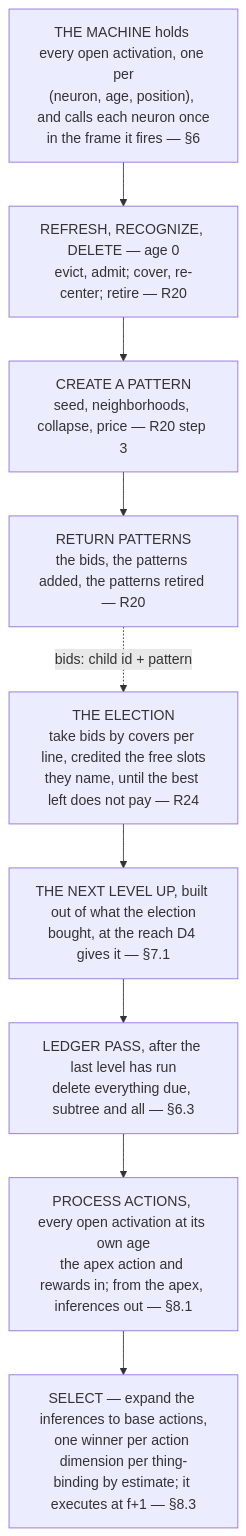
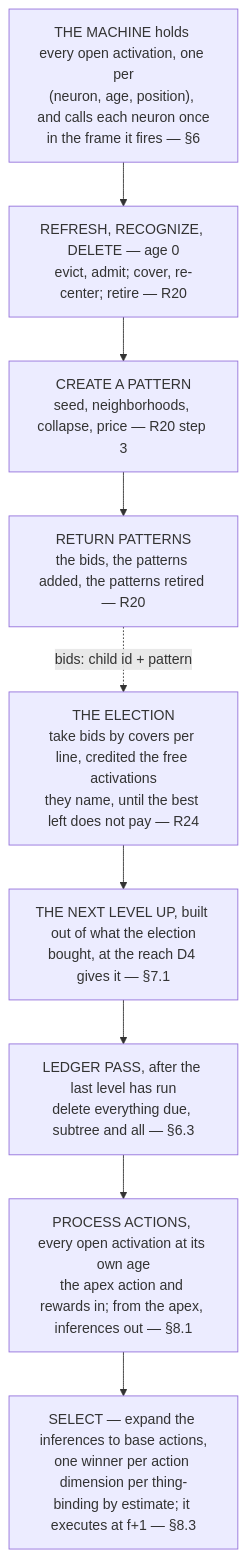
One commit to cucar/robot_brain changed the diagram in docs/algorithm-remarks.md. Above: the diagram before and after it, drawn with Mermaid. The commit also changed other lines of this file and 7 other files, not shown here.

````diff
--- a/docs/algorithm-remarks.md
+++ b/docs/algorithm-remarks.md
@@ -984,12 +1016,12 @@
 ```mermaid
 flowchart TD
     A["THE MACHINE holds every open activation, one per<br/>(neuron, age, position), and calls each neuron once<br/>in the frame it fires — §6"]
     A --> B["REFRESH, RECOGNIZE, DELETE — age 0<br/>evict, admit; cover, re-center; retire — R20"]
     B --> M["CREATE A PATTERN<br/>seed, neighborhoods, collapse, price — R20 step 3"]
     M --> P["RETURN PATTERNS<br/>the bids, the patterns added, the patterns retired — R20"]
-    P -.->|"bids: child id + pattern"| X["THE ELECTION<br/>take bids by covers per line, credited the free slots<br/>they name, until the best left does not pay — R24"]
+    P -.->|"bids: child id + pattern"| X["THE ELECTION<br/>take bids by covers per line, credited the free activations<br/>they name, until the best left does not pay — R24"]
     X --> O["THE NEXT LEVEL UP, built out of what the election<br/>bought, at the reach D4 gives it — §7.1"]
     O --> Z["LEDGER PASS, after the last level has run<br/>delete everything due, subtree and all — §6.3"]
     Z --> W["PROCESS ACTIONS, every open activation at its own age<br/>the apex action and rewards in; from the apex, inferences out — §8.1"]
     W --> S["SELECT — expand the inferences to base actions,<br/>one winner per action dimension per thing-binding by estimate; it executes at f+1 — §8.3"]
 ```
````
